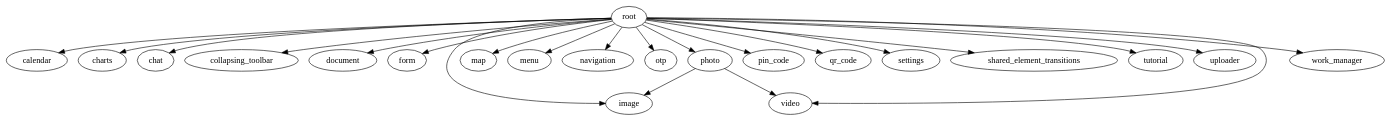
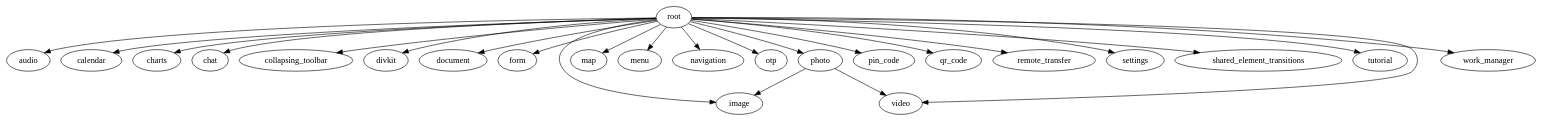
Before and after one commit to MobileUpLLC/MobileUp-Android-Samples: the diagram in features/module_graph/modules.dot, drawn with Graphviz. The commit also changed 37 other files, not shown here.

```diff
--- a/features/module_graph/modules.dot
+++ b/features/module_graph/modules.dot
@@ -1,45 +1,49 @@
 digraph {
+audio
 calendar
 charts
 chat
 collapsing_toolbar
+divkit
 document
 form
 image
 map
 menu
 navigation
 otp
 photo
 pin_code
 qr_code
+remote_transfer
 root
 settings
 shared_element_transitions
 tutorial
-uploader
 video
 work_manager
 photo -> image
 photo -> video
+root -> audio
 root -> calendar
 root -> charts
 root -> chat
 root -> collapsing_toolbar
+root -> divkit
 root -> document
 root -> form
 root -> image
 root -> map
 root -> menu
 root -> navigation
 root -> otp
 root -> photo
 root -> pin_code
 root -> qr_code
+root -> remote_transfer
 root -> settings
 root -> shared_element_transitions
 root -> tutorial
-root -> uploader
 root -> video
 root -> work_manager
 }
```
